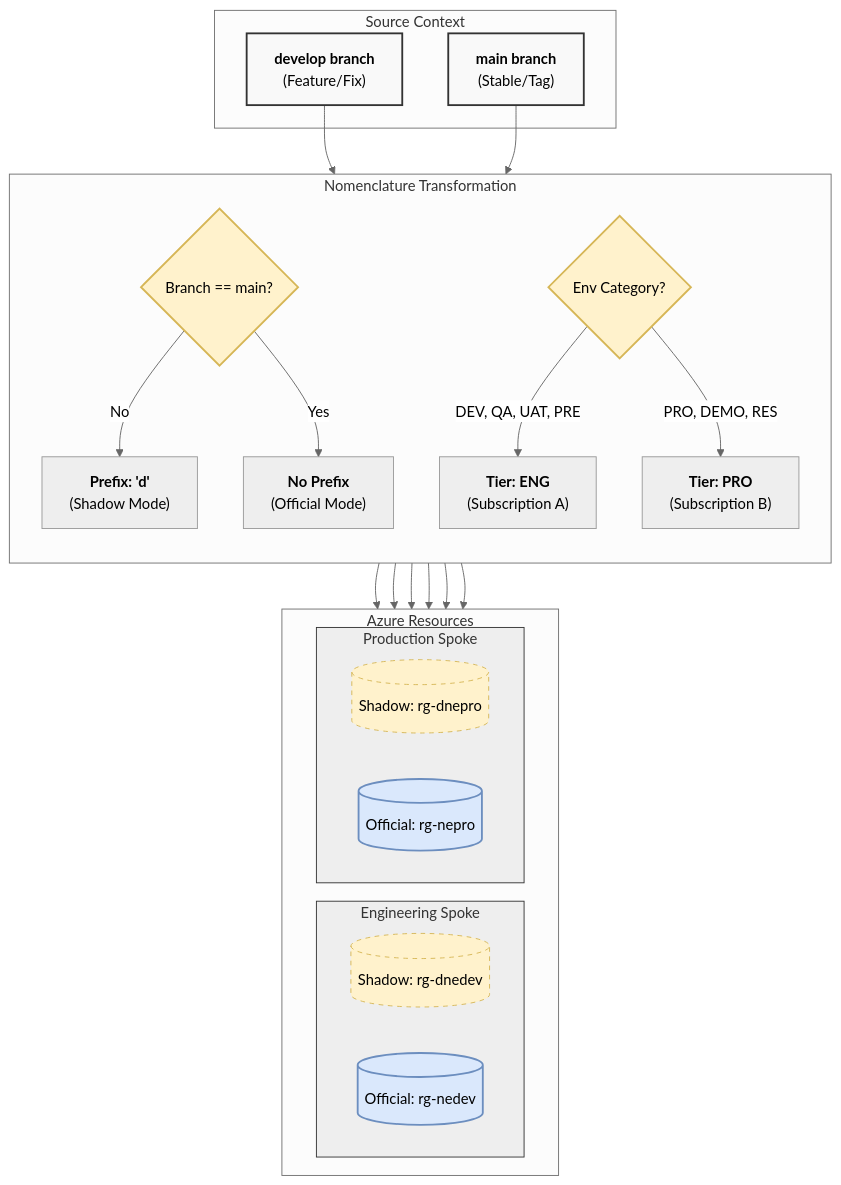
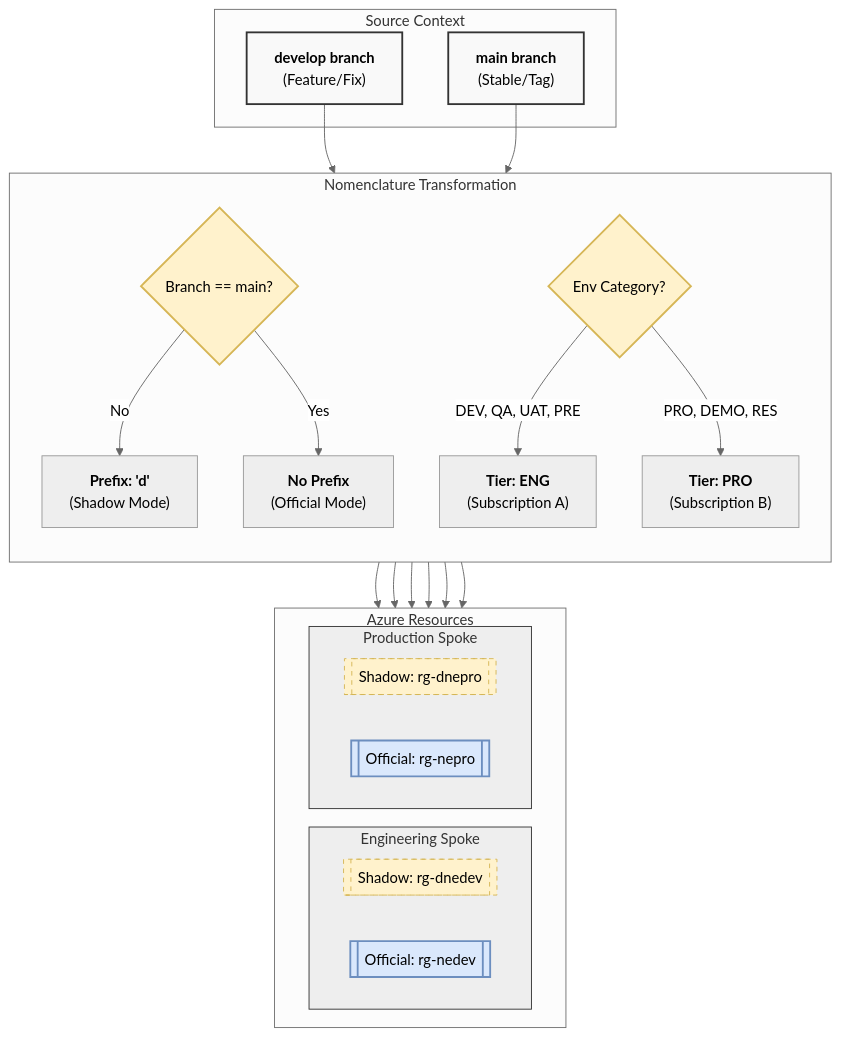
The third of 3 diagrams in docs/411-AZURE_DEVOPS_PIPELINES_ORCHESTRATION.md (nubenetes/terraform-azure-devops-agentic), drawn with Mermaid (neutral theme) before and after one commit. The commit also changed other lines of this file and 23 other files, not shown here.

Commit message:
docs: establish automated Mermaid validator and eliminate text clipping repo-wide

````diff
--- a/docs/411-AZURE_DEVOPS_PIPELINES_ORCHESTRATION.md
+++ b/docs/411-AZURE_DEVOPS_PIPELINES_ORCHESTRATION.md
@@ -229,46 +229,46 @@
 ```mermaid
 graph TD
     %% Class Definitions
     classDef branch fill:#f9f9f9,stroke:#333,stroke-width:2px
     classDef logic fill:#fff2cc,stroke:#d6b656,stroke-width:2px
     classDef shadow fill:#fff2cc,stroke:#d6b656,stroke-dasharray: 5 5
     classDef official fill:#dae8fc,stroke:#6c8ebf,stroke-width:2px
     classDef tier fill:#eeeeee,stroke:#333,stroke-width:1px
     subgraph Git_Source [Source Context]
         B_DEV["<b>develop branch</b><br/>(Feature/Fix)"]
         B_MAIN["<b>main branch</b><br/>(Stable/Tag)"]
     end
     subgraph Logic_Engine [Nomenclature Transformation]
         direction TB
         L_PRE{"Branch == main?"}
         L_PRE -- "No" --> P_D["<b>Prefix: 'd'</b><br/>(Shadow Mode)"]
         L_PRE -- "Yes" --> P_N["<b>No Prefix</b><br/>(Official Mode)"]
         L_TIER{"Env Category?"}
         L_TIER -- "DEV, QA, UAT, PRE" --> T_ENG["<b>Tier: ENG</b><br/>(Subscription A)"]
         L_TIER -- "PRO, DEMO, RES" --> T_PRO["<b>Tier: PRO</b><br/>(Subscription B)"]
     end
     subgraph Deployment_Targets [Azure Resources]
         direction LR
         subgraph ENG_Spoke [Engineering Spoke]
-            RES_ENG_S[("Shadow: rg-dnedev")]
-            RES_ENG_O[("Official: rg-nedev")]
+            RES_ENG_S[["Shadow: rg-dnedev"]]
+            RES_ENG_O[["Official: rg-nedev"]]
         end
         subgraph PRO_Spoke [Production Spoke]
-            RES_PRO_S[("Shadow: rg-dnepro")]
-            RES_PRO_O[("Official: rg-nepro")]
+            RES_PRO_S[["Shadow: rg-dnepro"]]
+            RES_PRO_O[["Official: rg-nepro"]]
         end
     end
     B_DEV --> L_PRE
     B_MAIN --> L_PRE
     P_D --> RES_ENG_S
     P_D --> RES_PRO_S
     P_N --> RES_ENG_O
     P_N --> RES_PRO_O
     T_ENG --> ENG_Spoke
     T_PRO --> PRO_Spoke
     class B_DEV,B_MAIN branch
     class L_PRE,L_TIER logic
     class RES_ENG_S,RES_PRO_S shadow
     class RES_ENG_O,RES_PRO_O official
     class ENG_Spoke,PRO_Spoke tier
 ```
````
